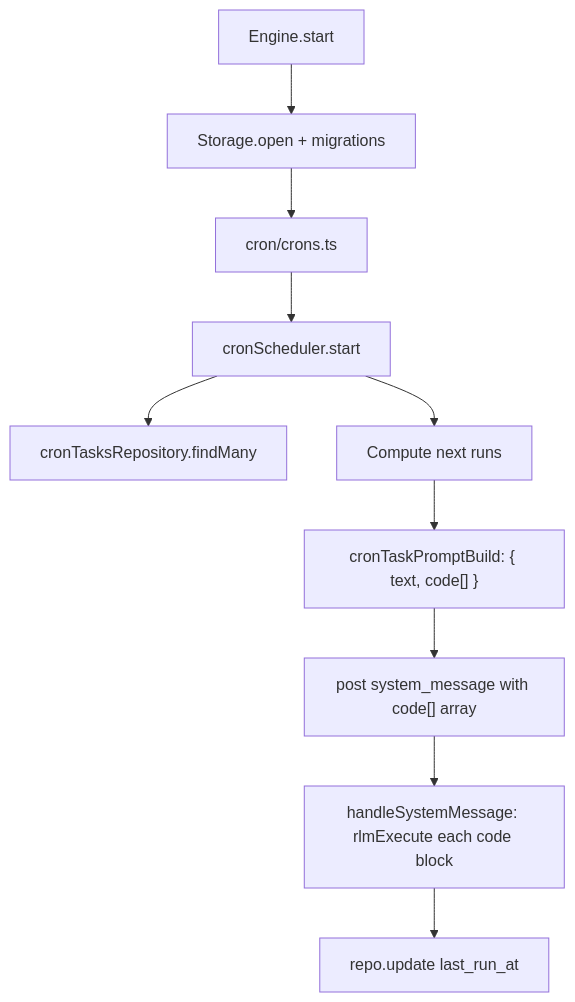
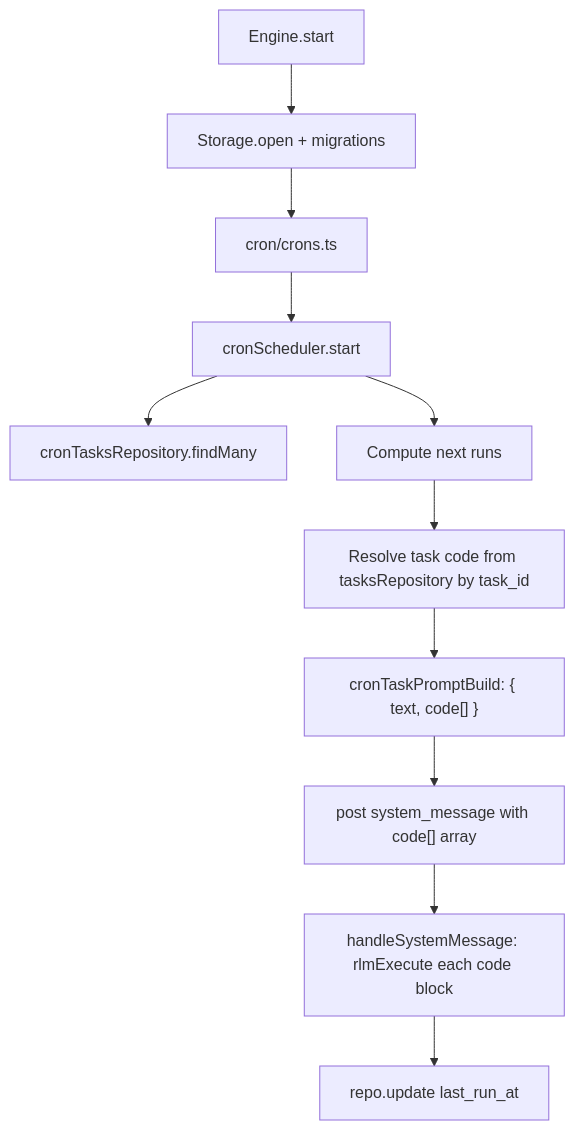
The diagram in packages/daycare/sources/engine/cron/README.md (ex3ndr/daycare), drawn with Mermaid before and after one commit. The commit also changed other lines of this file and 48 other files, not shown here.

Commit message:
feat(tasks): unify task model and scheduling triggers

````diff
--- a/packages/daycare/sources/engine/cron/README.md
+++ b/packages/daycare/sources/engine/cron/README.md
@@ -35,12 +35,13 @@
 ```mermaid
 flowchart TD
   Engine[Engine.start] --> Storage[Storage.open + migrations]
   Storage --> Crons[cron/crons.ts]
   Crons --> Scheduler[cronScheduler.start]
   Scheduler --> Repo[cronTasksRepository.findMany]
   Scheduler --> Tick[Compute next runs]
-  Tick --> Build["cronTaskPromptBuild: { text, code[] }"]
+  Tick --> Resolve["Resolve task code from tasksRepository by task_id"]
+  Resolve --> Build["cronTaskPromptBuild: { text, code[] }"]
   Build --> AgentSystem["post system_message with code[] array"]
   AgentSystem --> RLM["handleSystemMessage: rlmExecute each code block"]
   RLM --> Record[repo.update last_run_at]
 ```
````
